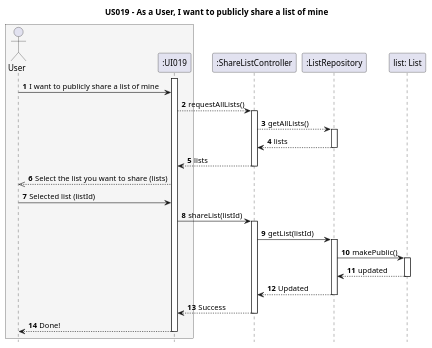
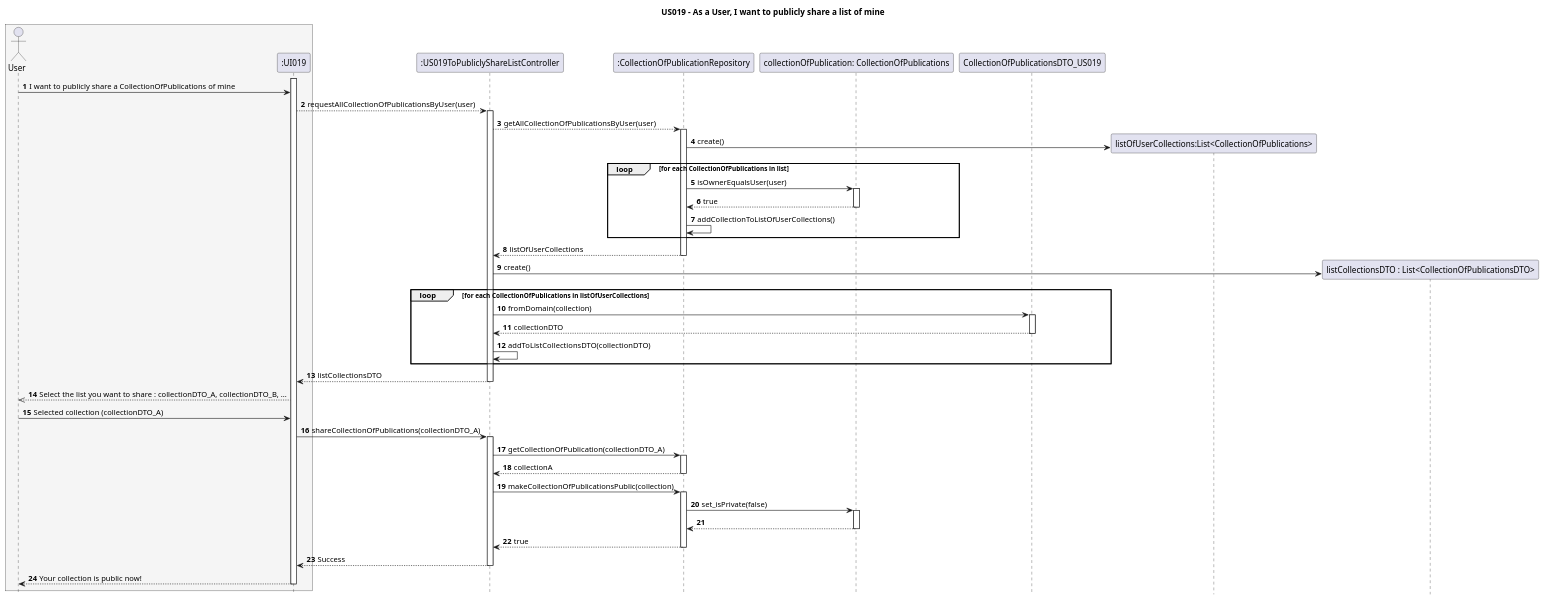
One commit to AndrePereiraGitH/SWitCH-Project-Team_A changed the diagram in Diagrams/SequenceDiagrams/N2/US019-to-publicly-share-a-list.puml. Above: the diagram before and after it, drawn with PlantUML.

Commit message:
Working on #145 - sequence siagram N2 @catarinaism

```diff
--- a/Diagrams/SequenceDiagrams/N2/US019-to-publicly-share-a-list.puml
+++ b/Diagrams/SequenceDiagrams/N2/US019-to-publicly-share-a-list.puml
@@ -1,55 +1,90 @@
 @startuml
 
 hide footbox
 autonumber
 
 title US019 - As a User, I want to publicly share a list of mine
 
 box #WhiteSmoke
 actor User
 participant ":UI019" as UI
 end box
 
-participant ":ShareListController" as ShareListController
-participant ":ListRepository" as ListRepository
-participant "list: List" as List
+participant ":US019ToPubliclyShareListController" as Controller
+participant ":CollectionOfPublicationRepository" as CollectionRepository
+participant "collectionOfPublication: CollectionOfPublications" as CollectionOfPublications
+participant "CollectionOfPublicationsDTO_US019" as dto
 
 activate UI
 
-User -> UI : I want to publicly share a list of mine
-UI --> ShareListController: requestAllLists()
+User -> UI : I want to publicly share a CollectionOfPublications of mine
+UI --> Controller: requestAllCollectionOfPublicationsByUser(user)
 
-activate ShareListController
-ShareListController --> ListRepository: getAllLists()
+activate Controller
+Controller --> CollectionRepository: getAllCollectionOfPublicationsByUser(user)
+activate CollectionRepository
+create "listOfUserCollections:List<CollectionOfPublications>" as CollectionOfPublicationsList
+CollectionRepository -> CollectionOfPublicationsList : create()
 
-activate ListRepository
-ListRepository --> ShareListController: lists
-deactivate ListRepository
+loop for each CollectionOfPublications in list
+    CollectionRepository -> CollectionOfPublications : isOwnerEqualsUser(user)
+    activate CollectionOfPublications
+    CollectionOfPublications --> CollectionRepository : true
 
-ShareListController --> UI: lists
-deactivate ShareListController
+    deactivate CollectionOfPublications
 
-UI -->> User : Select the list you want to share (lists)
-User -> UI : Selected list (listId)
-UI -> ShareListController : shareList(listId)
+    CollectionRepository -> CollectionRepository : addCollectionToListOfUserCollections()
 
-activate ShareListController
-ShareListController -> ListRepository : getList(listId)
-activate ListRepository
-ListRepository -> List : makePublic()
 
-activate List
-List --> ListRepository : updated
-deactivate List
 
-ListRepository --> ShareListController: Updated
-deactivate ListRepository
+end
 
-ShareListController --> UI : Success
-deactivate ShareListController
 
-UI --> User: Done!
+CollectionRepository --> Controller: listOfUserCollections
+deactivate CollectionRepository
+
+'Controller --> UI: listOfUserCollections
+create "listCollectionsDTO : List<CollectionOfPublicationsDTO>" as CollectionDTOList
+Controller -> CollectionDTOList : create()
+loop for each CollectionOfPublications in listOfUserCollections
+    Controller -> dto : fromDomain(collection)
+    activate dto
+    dto --> Controller : collectionDTO
+    deactivate dto
+    Controller -> Controller : addToListCollectionsDTO(collectionDTO)
+
+end
+Controller --> UI : listCollectionsDTO
+deactivate Controller
+
+UI -->> User : Select the list you want to share : collectionDTO_A, collectionDTO_B, ...
+User -> UI : Selected collection (collectionDTO_A)
+UI -> Controller : shareCollectionOfPublications(collectionDTO_A)
+
+
+activate Controller
+Controller -> CollectionRepository : getCollectionOfPublication(collectionDTO_A)
+activate CollectionRepository
+CollectionRepository --> Controller : collectionA
+deactivate CollectionRepository
+
+
+Controller -> CollectionRepository : makeCollectionOfPublicationsPublic(collection)
+activate CollectionRepository
+CollectionRepository -> CollectionOfPublications : set_isPrivate(false)
+activate CollectionOfPublications
+CollectionOfPublications --> CollectionRepository
+deactivate CollectionOfPublications
+
+CollectionRepository --> Controller : true
+
+deactivate CollectionRepository
+
+Controller --> UI : Success
+deactivate Controller
+
+UI --> User: Your collection is public now!
 
 deactivate UI
 
 @enduml
```
